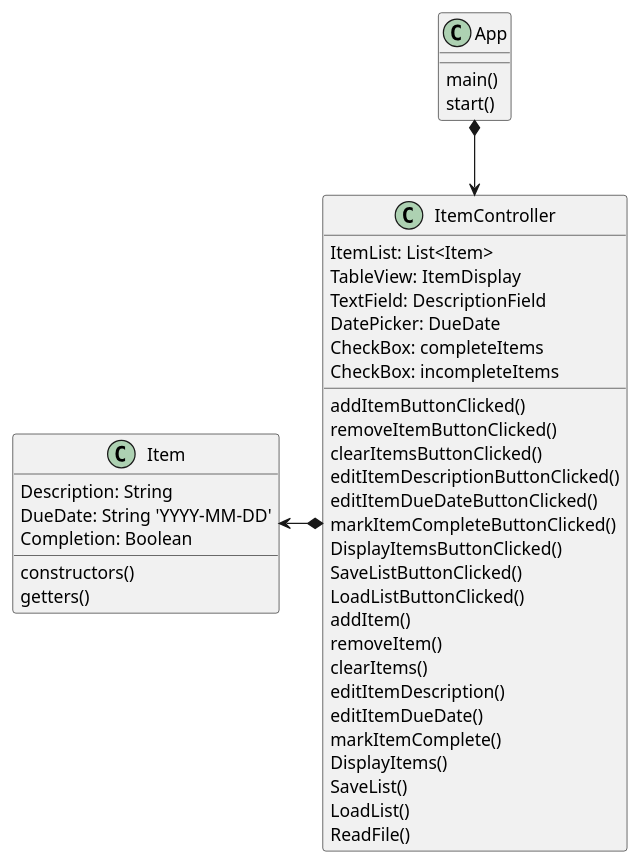
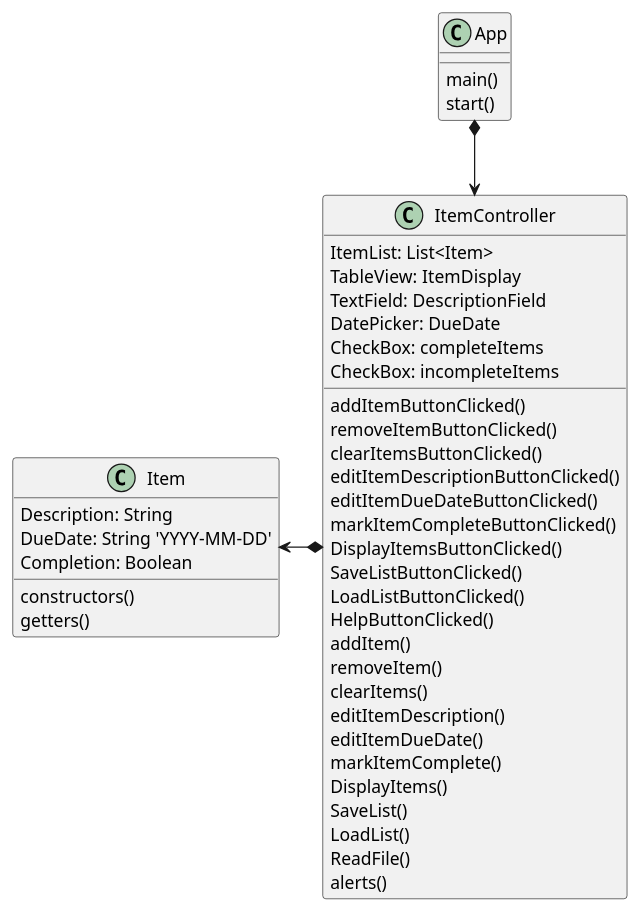
Before and after one commit to xFebreze/Dussuau-cop3330-assignment4part2: the diagram in uml/GUI_uml.puml, drawn with PlantUML. The commit also changed 5 other files, not shown here.

```diff
--- a/uml/GUI_uml.puml
+++ b/uml/GUI_uml.puml
@@ -1,49 +1,51 @@
 @startuml
 'https://plantuml.com/class-diagram
 
 class App{
     main()
     start()
 }
 
 class ItemController{
     ItemList: List<Item>
     TableView: ItemDisplay
     TextField: DescriptionField
     DatePicker: DueDate
     CheckBox: completeItems
     CheckBox: incompleteItems
     addItemButtonClicked()
     removeItemButtonClicked()
     clearItemsButtonClicked()
     editItemDescriptionButtonClicked()
     editItemDueDateButtonClicked()
     markItemCompleteButtonClicked()
     DisplayItemsButtonClicked()
     SaveListButtonClicked()
     LoadListButtonClicked()
+    HelpButtonClicked()
     addItem()
     removeItem()
     clearItems()
     editItemDescription()
     editItemDueDate()
     markItemComplete()
     DisplayItems()
     SaveList()
     LoadList()
     ReadFile()
+    alerts()
 }
 
 class Item{
     Description: String
     DueDate: String 'YYYY-MM-DD'
     Completion: Boolean
     constructors()
     getters()
 }
 
 Item <-* ItemController
 App *--> ItemController
 
 
 @enduml
```
